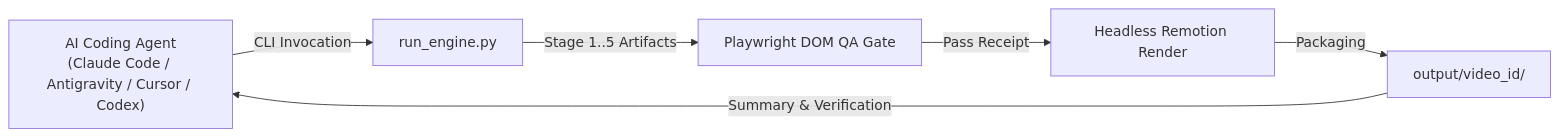
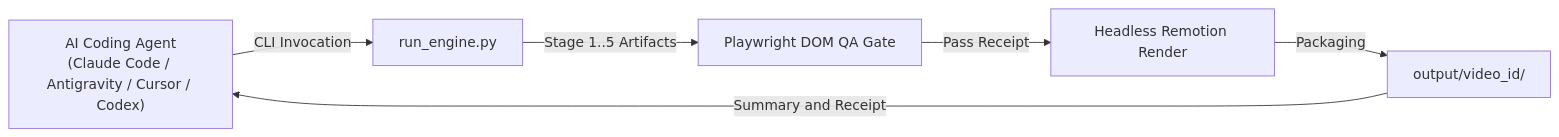
The first of 2 diagrams in README.md (Minhaj009/vexloci), drawn with Mermaid before and after one commit. The commit also changed other lines of this file and 14 other files, not shown here.

Commit message:
docs: update README and showcase graphics for 2026 light editorial engine

````diff
--- a/README.md
+++ b/README.md
@@ -54,8 +73,8 @@
 ```mermaid
 flowchart LR
     A["AI Coding Agent<br/>(Claude Code / Antigravity / Cursor / Codex)"] -->|CLI Invocation| B["run_engine.py"]
     B -->|Stage 1..5 Artifacts| C["Playwright DOM QA Gate"]
     C -->|Pass Receipt| D["Headless Remotion Render"]
     D -->|Packaging| E["output/video_id/"]
-    E -->|Summary & Verification| A
+    E -->|Summary and Receipt| A
 ```
````
